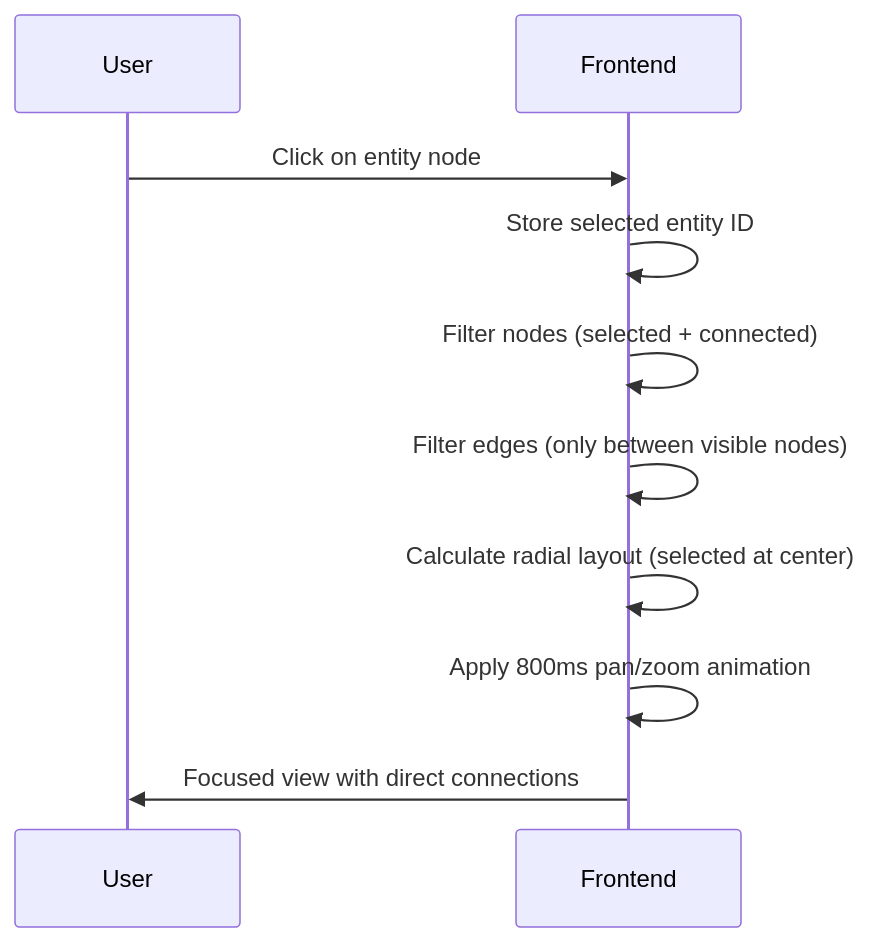
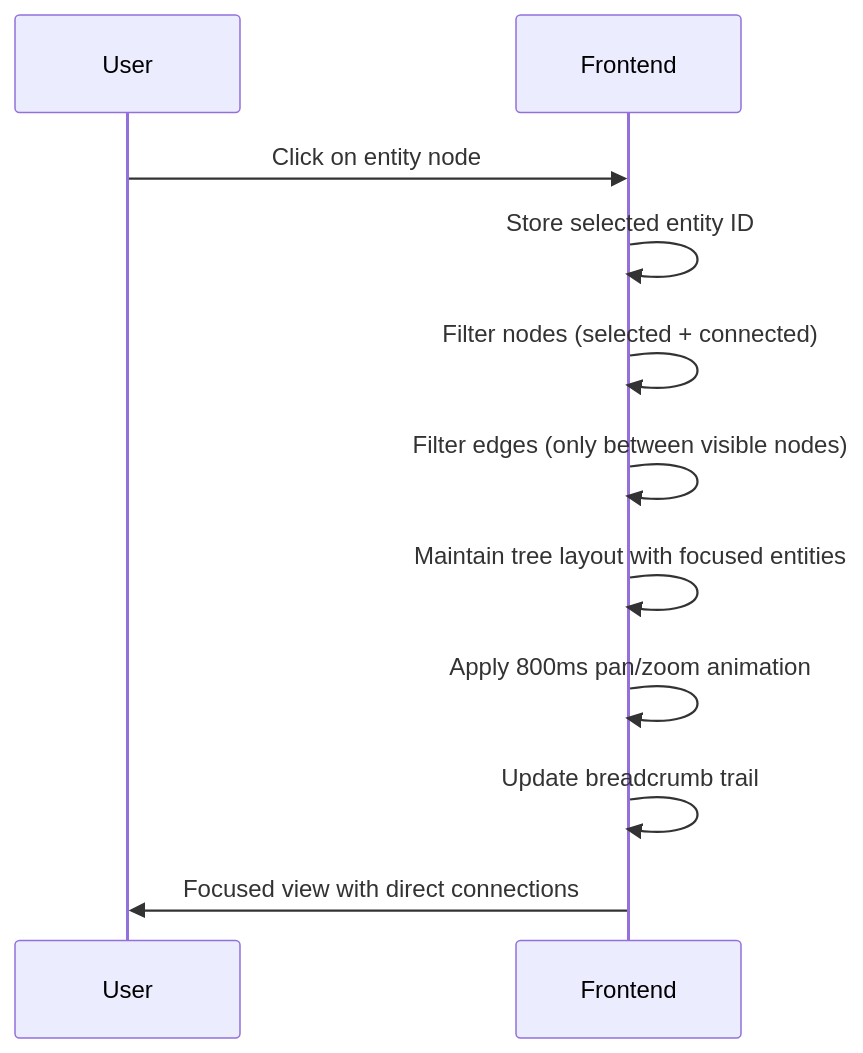
The second of 3 diagrams in SYSTEM_ARCHITECTURE.md (chou-aspen/aos-entity-structure), drawn with Mermaid before and after one commit. The commit also changed other lines of this file, not shown here.

````diff
--- a/SYSTEM_ARCHITECTURE.md
+++ b/SYSTEM_ARCHITECTURE.md
@@ -109,10 +114,11 @@
 ```mermaid
 sequenceDiagram
     User->>Frontend: Click on entity node
     Frontend->>Frontend: Store selected entity ID
     Frontend->>Frontend: Filter nodes (selected + connected)
     Frontend->>Frontend: Filter edges (only between visible nodes)
-    Frontend->>Frontend: Calculate radial layout (selected at center)
+    Frontend->>Frontend: Maintain tree layout with focused entities
     Frontend->>Frontend: Apply 800ms pan/zoom animation
+    Frontend->>Frontend: Update breadcrumb trail
     Frontend->>User: Focused view with direct connections
 ```
````
